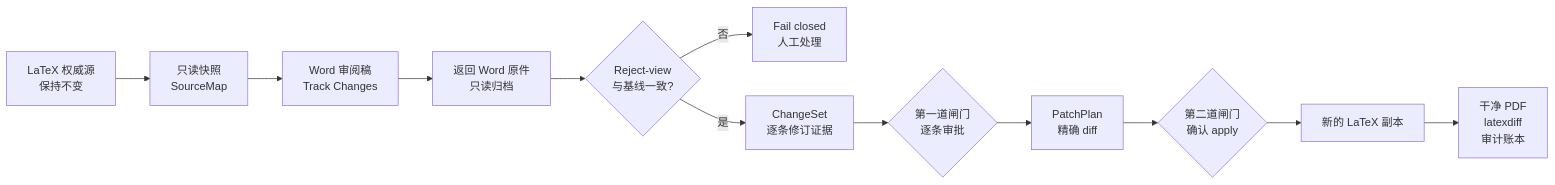
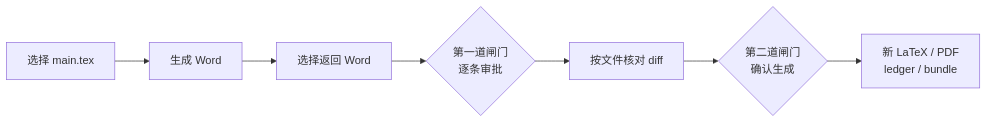
The diagram in README.md (JIE-jiee/latex-word-review), drawn with Mermaid before and after one commit. The commit also changed other lines of this file and 136 other files, not shown here.

````diff
--- a/README.md
+++ b/README.md
@@ -52,14 +43,9 @@
 ```mermaid
 flowchart LR
-    A["LaTeX 权威源<br/>保持不变"] --> B["只读快照<br/>SourceMap"]
-    B --> C["Word 审阅稿<br/>Track Changes"]
-    C --> D["返回 Word 原件<br/>只读归档"]
-    D --> E{"Reject-view<br/>与基线一致?"}
-    E -->|否| X["Fail closed<br/>人工处理"]
-    E -->|是| F["ChangeSet<br/>逐条修订证据"]
-    F --> G{"第一道闸门<br/>逐条审批"}
-    G --> H["PatchPlan<br/>精确 diff"]
-    H --> I{"第二道闸门<br/>确认 apply"}
-    I --> J["新的 LaTeX 副本"]
-    J --> K["干净 PDF<br/>latexdiff<br/>审计账本"]
+    A["选择 main.tex"] --> B["生成 Word"]
+    B --> C["选择返回 Word"]
+    C --> D{"第一道闸门<br/>逐条审批"}
+    D --> E["按文件核对 diff"]
+    E --> F{"第二道闸门<br/>确认生成"}
+    F --> G["新 LaTeX / PDF<br/>ledger / bundle"]
 ```
````
